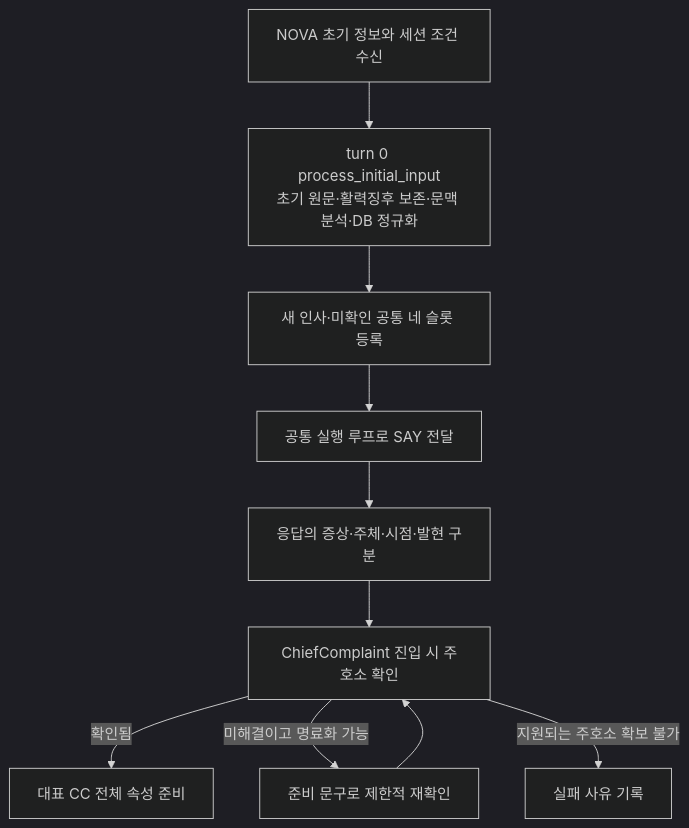
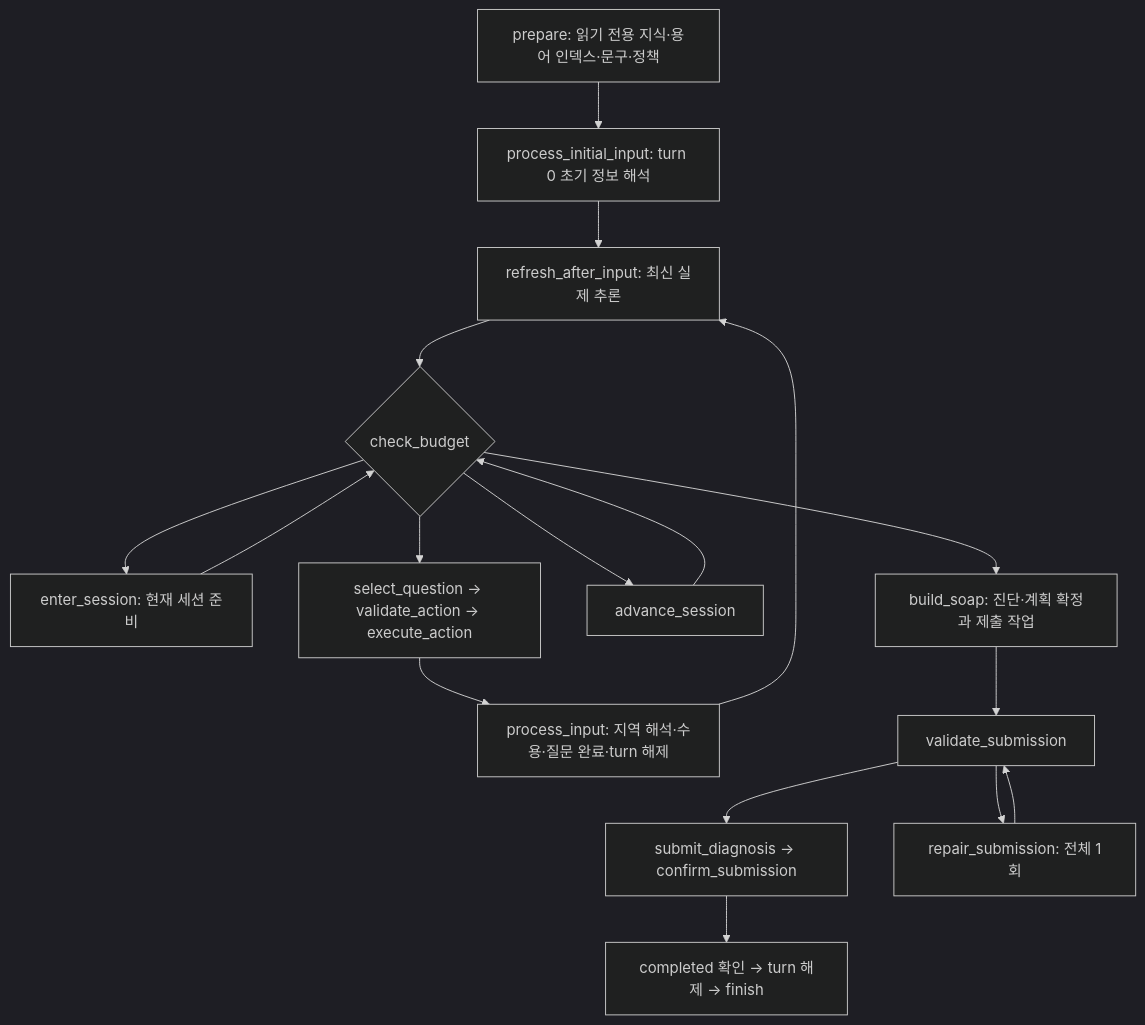
Before and after one commit to devRestain/Ontoward: the first of 6 diagrams in submission/README.md, drawn with Mermaid (dark theme). The commit also changed other lines of this file and 73 other files, not shown here.

````diff
--- a/submission/README.md
+++ b/submission/README.md
@@ -121,12 +10,19 @@
 ```mermaid
 flowchart TD
-    I0["NOVA 초기 정보와 세션 조건 수신"] --> I1["turn 0 process_initial_input<br/>초기 원문·활력징후 보존·문맥 분석·DB 정규화"]
-    I1 --> I2["새 인사·미확인 공통 네 슬롯 등록"]
-    I2 --> I3["공통 실행 루프로 SAY 전달"]
-    I3 --> I4["응답의 증상·주체·시점·발현 구분"]
-    I4 --> I5["ChiefComplaint 진입 시 주호소 확인"]
-    I5 -->|확인됨| I6["대표 CC 전체 속성 준비"]
-    I5 -->|미해결이고 명료화 가능| I7["준비 문구로 제한적 재확인"]
-    I7 --> I5
-    I5 -->|지원되는 주호소 확보 불가| I8["실패 사유 기록"]
+    P["prepare: 읽기 전용 지식·용어 인덱스·문구·정책"] --> I["process_initial_input: turn 0 초기 정보 해석"]
+    I --> R["refresh_after_input: 최신 실제 추론"]
+    R --> B{"check_budget"}
+    B --> S["enter_session: 현재 세션 준비"]
+    S --> B
+    B --> Q["select_question → validate_action → execute_action"]
+    Q --> A["process_input: 지역 해석·수용·질문 완료·turn 해제"]
+    A --> R
+    B --> N["advance_session"]
+    N --> B
+    B --> F["build_soap: 진단·계획 확정과 제출 작업"]
+    F --> V["validate_submission"]
+    V --> D["submit_diagnosis → confirm_submission"]
+    V --> X["repair_submission: 전체 1회"]
+    X --> V
+    D --> E["completed 확인 → turn 해제 → finish"]
 ```
````
